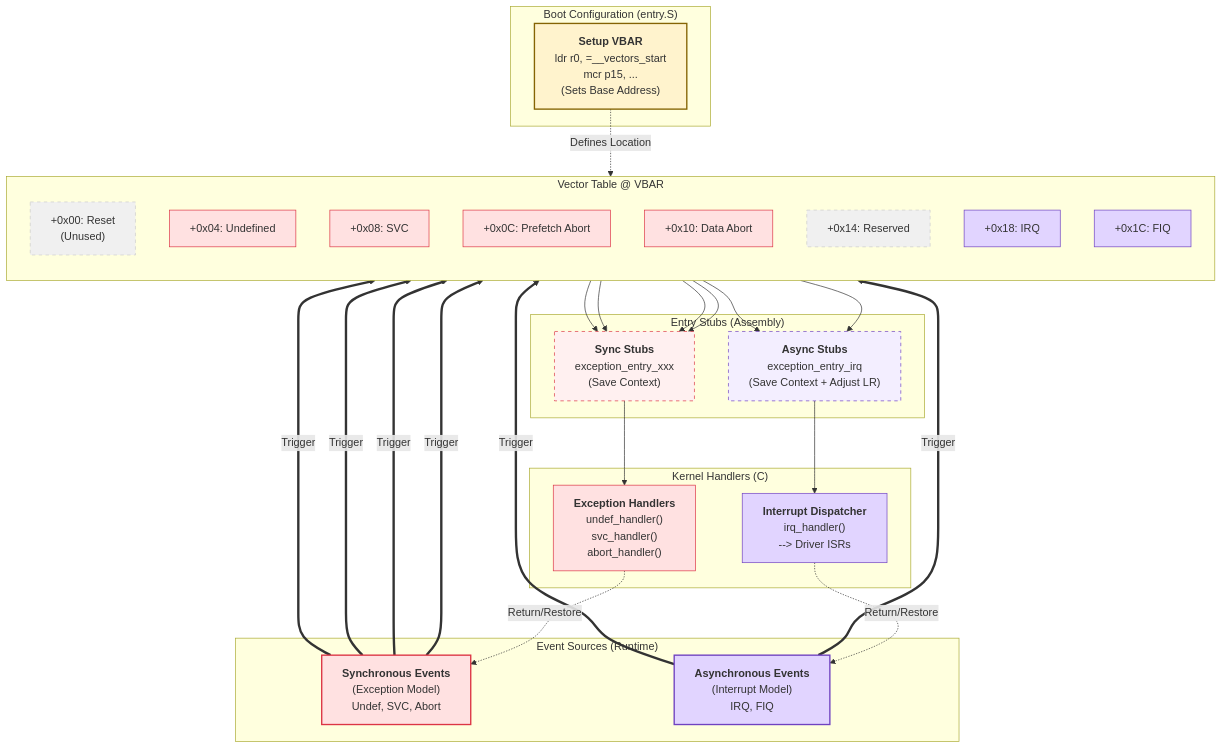
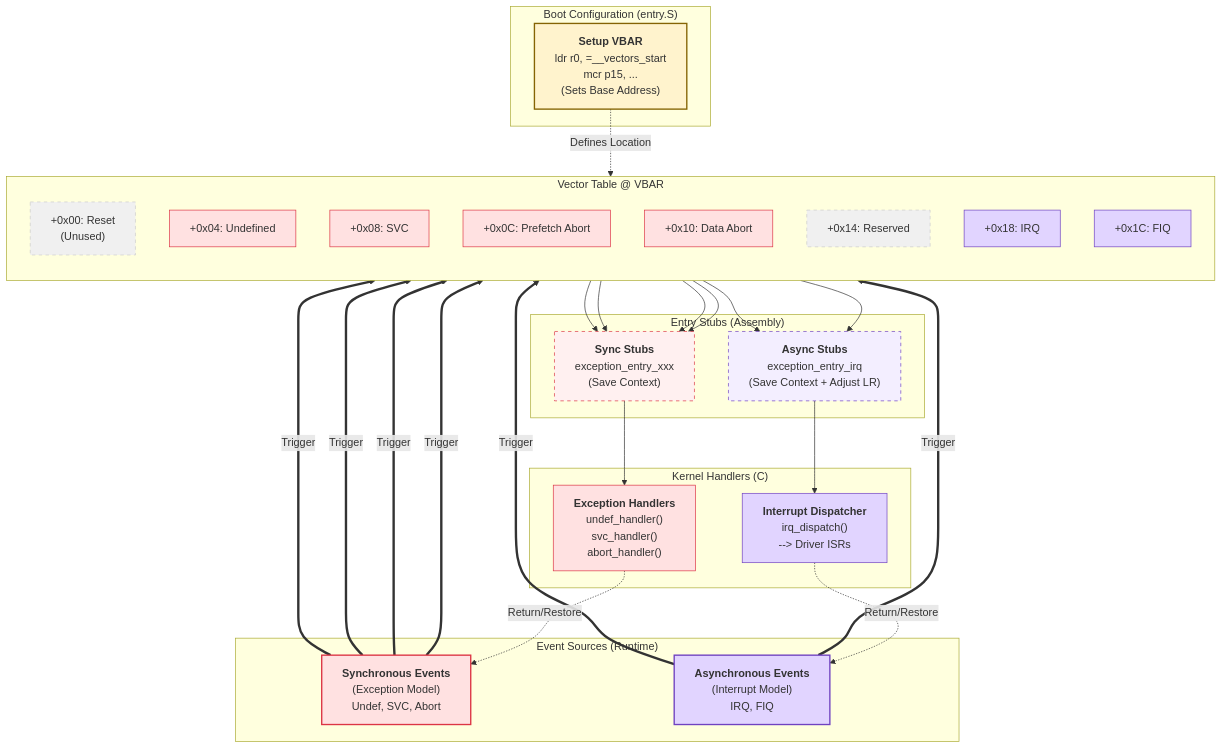
Before and after one commit to Vinalinux-Org/RefARM-OS: the diagram in docs/04_kernel/diagram/vector_table_layout.mmd, drawn with Mermaid. The commit also changed 5 other files, not shown here.

Commit message:
docs: update the Interrupt docs and diagrams

```diff
--- a/docs/04_kernel/diagram/vector_table_layout.mmd
+++ b/docs/04_kernel/diagram/vector_table_layout.mmd
@@ -1,72 +1,72 @@
 graph TB
     %% --- Boot Configuration ---
     subgraph CONFIG["Boot Configuration (entry.S)"]
         BootSetup["<b>Setup VBAR</b><br/>ldr r0, =__vectors_start<br/>mcr p15, ...<br/>(Sets Base Address)"]:::config
     end
 
     %% --- Event Sources ---
     subgraph TRIGGER["Event Sources (Runtime)"]
         SyncEvent["<b>Synchronous Events</b><br/>(Exception Model)<br/>Undef, SVC, Abort"]:::sync
         AsyncEvent["<b>Asynchronous Events</b><br/>(Interrupt Model)<br/>IRQ, FIQ"]:::async
     end
 
     %% --- Vector Table Layout ---
     subgraph VECTOR["Vector Table @ VBAR"]
         direction TB
         E0["+0x00: Reset<br/>(Unused)"]:::unused
         
         %% Sync Vectors
         E1["+0x04: Undefined"]:::sync_vec
         E2["+0x08: SVC"]:::sync_vec
         E3["+0x0C: Prefetch Abort"]:::sync_vec
         E4["+0x10: Data Abort"]:::sync_vec
         
         E5["+0x14: Reserved"]:::unused
         
         %% Async Vectors
         E6["+0x18: IRQ"]:::async_vec
         E7["+0x1C: FIQ"]:::async_vec
     end
 
     %% --- Assembly Stubs ---
     subgraph ENTRY["Entry Stubs (Assembly)"]
         StubSync["<b>Sync Stubs</b><br/>exception_entry_xxx<br/>(Save Context)"]:::sync_stub
         StubAsync["<b>Async Stubs</b><br/>exception_entry_irq<br/>(Save Context + Adjust LR)"]:::async_stub
     end
 
     %% --- C Handlers ---
     subgraph HANDLER["Kernel Handlers (C)"]
         HandlerSync["<b>Exception Handlers</b><br/>undef_handler()<br/>svc_handler()<br/>abort_handler()"]:::sync_h
-        HandlerAsync["<b>Interrupt Dispatcher</b><br/>irq_handler()<br/>--> Driver ISRs"]:::async_h
+        HandlerAsync["<b>Interrupt Dispatcher</b><br/>irq_dispatch()<br/>--> Driver ISRs"]:::async_h
     end
 
     %% --- Logic Connections ---
     BootSetup -.->|Defines Location| VECTOR
 
     %% Flows
     SyncEvent ==>|Trigger| E1 & E2 & E3 & E4
     AsyncEvent ==>|Trigger| E6 & E7
 
     E1 & E2 & E3 & E4 --> StubSync
     E6 & E7 --> StubAsync
 
     StubSync --> HandlerSync
     StubAsync --> HandlerAsync
 
     %% Return Paths
     HandlerSync -.->|Return/Restore| SyncEvent
     HandlerAsync -.->|Return/Restore| AsyncEvent
 
     %% --- Styling ---
     classDef config fill:#fff3cd,stroke:#856404,stroke-width:2px;
     classDef unused fill:#f0f0f0,stroke:#ccc,stroke-dasharray: 5 5;
     
     classDef sync fill:#ffe1e1,stroke:#dc3545,stroke-width:2px;
     classDef sync_vec fill:#ffe1e1,stroke:#dc3545;
     classDef sync_stub fill:#fff0f0,stroke:#dc3545,stroke-dasharray: 5 5;
     classDef sync_h fill:#ffe1e1,stroke:#dc3545;
 
     classDef async fill:#e1d4ff,stroke:#6f42c1,stroke-width:2px;
     classDef async_vec fill:#e1d4ff,stroke:#6f42c1;
     classDef async_stub fill:#f3eeff,stroke:#6f42c1,stroke-dasharray: 5 5;
     classDef async_h fill:#e1d4ff,stroke:#6f42c1;
```
